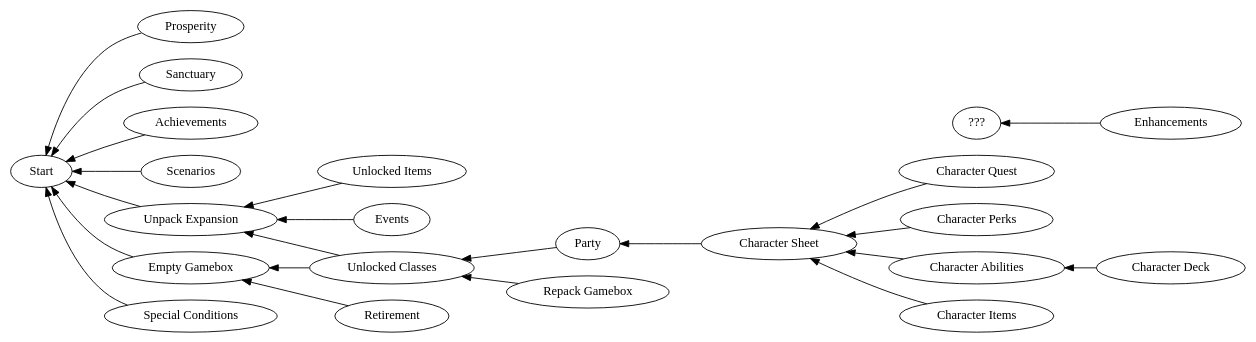
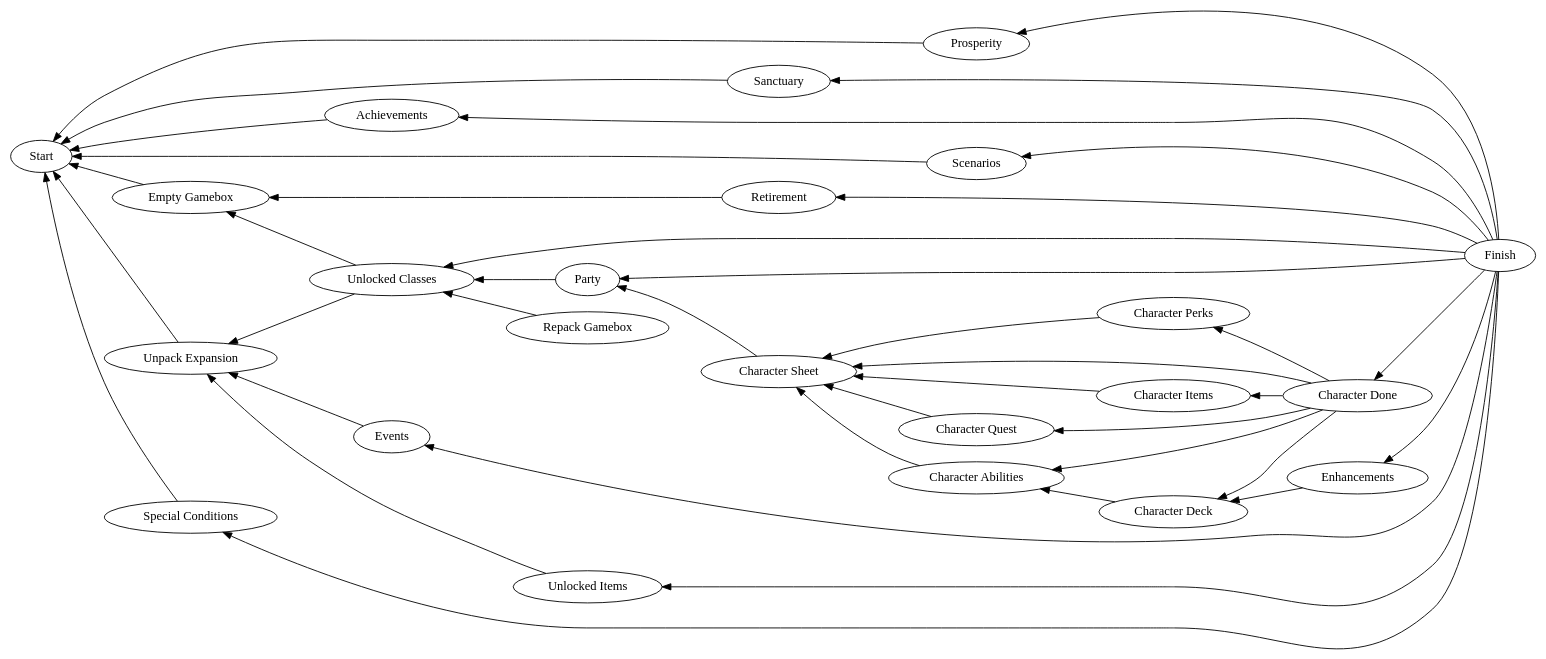
Before and after one commit to Sebaestschjin/gloomhaven-campaign-manager: the diagram in task_dependency.dot, drawn with Graphviz. The commit also changed 21 other files, not shown here.

```diff
--- a/task_dependency.dot
+++ b/task_dependency.dot
@@ -1,32 +1,52 @@
 digraph D {
 
     rankdir=RL
 
     "Prosperity" -> Start
     "Sanctuary" -> Start
     "Achievements" -> Start
     "Scenarios" -> Start
 
     "Unlocked Classes" -> "Empty Gamebox"
     "Unlocked Classes" -> "Unpack Expansion"
     "Unlocked Items" -> "Unpack Expansion"
     "Special Conditions" -> Start
 
     "Party" -> "Unlocked Classes"
     "Character Sheet" -> "Party"
     "Character Quest" -> "Character Sheet"
     "Character Perks" -> "Character Sheet"
     "Character Abilities" -> "Character Sheet"
     "Character Items" -> "Character Sheet"
     "Character Deck" -> "Character Abilities"
 
+    "Character Done" -> "Character Sheet"
+    "Character Done" -> "Character Quest"
+    "Character Done" -> "Character Perks"
+    "Character Done" -> "Character Abilities"
+    "Character Done" -> "Character Items"
+    "Character Done" -> "Character Deck"
+
     "Retirement" -> "Empty Gamebox"
 
     "Events" -> "Unpack Expansion"
 
     "Empty Gamebox" -> Start
     "Unpack Expansion" -> Start
     "Repack Gamebox" -> "Unlocked Classes"
 
-    "Enhancements" -> "???"
+    "Enhancements" -> "Character Deck"
+
+    Finish -> "Prosperity"
+    Finish -> "Sanctuary"
+    Finish -> "Achievements"
+    Finish -> "Scenarios"
+    Finish -> "Unlocked Classes"
+    Finish -> "Unlocked Items"
+    Finish -> "Special Conditions"
+    Finish -> "Party"
+    Finish -> "Character Done"
+    Finish -> "Enhancements"
+    Finish -> "Retirement"
+    Finish -> "Events"
 }
```
